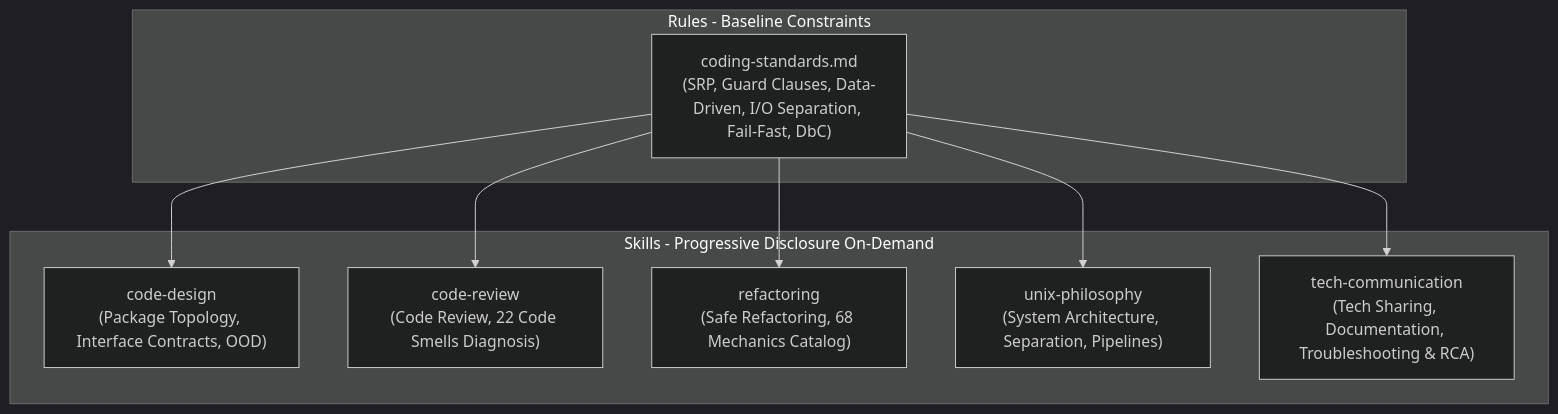
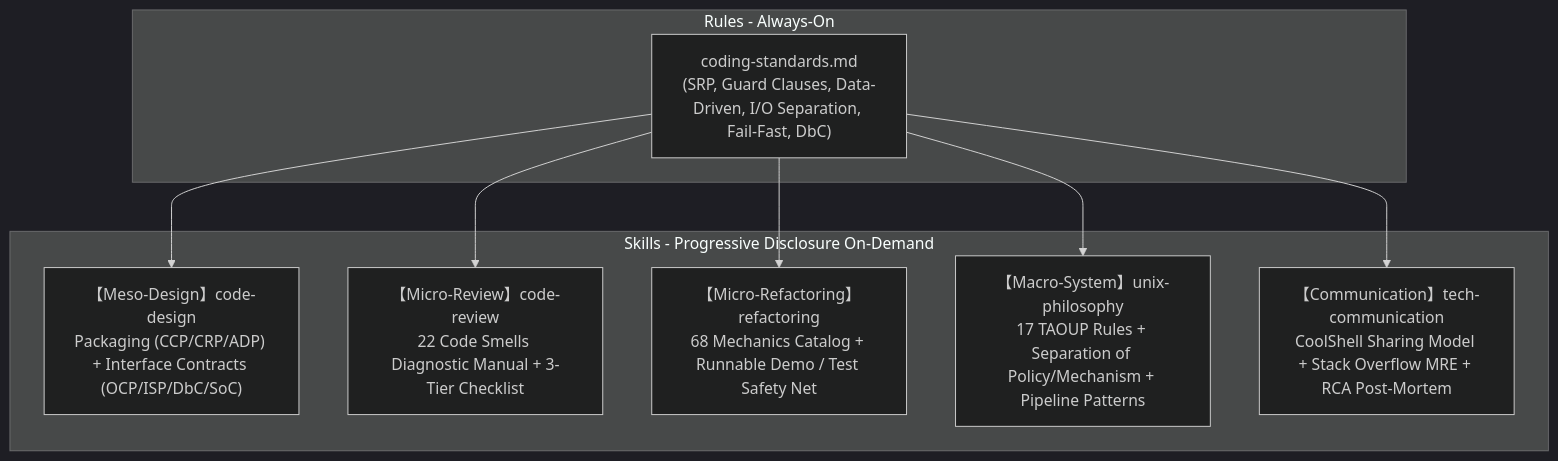
One commit to lilucpp/code-craft changed the diagram in README_EN.md. Above: the diagram before and after it, drawn with Mermaid (dark theme). The commit also changed other lines of this file and 1 other file, not shown here.

Commit message:
docs: rewrite comprehensive bilingual readmes following tech-communication guidelines

````diff
--- a/README_EN.md
+++ b/README_EN.md
@@ -13,20 +26,20 @@
 ```mermaid
 flowchart TD
-    subgraph Always-On Rules [Rules - Baseline Constraints]
+    subgraph Global Baseline Rules [Rules - Always-On]
         R["coding-standards.md<br/>(SRP, Guard Clauses, Data-Driven, I/O Separation, Fail-Fast, DbC)"]
     end
 
-    subgraph Specialized Skills [Skills - Progressive Disclosure On-Demand]
-        S1["code-design<br/>(Package Topology, Interface Contracts, OOD)"]
-        S2["code-review<br/>(Code Review, 22 Code Smells Diagnosis)"]
-        S3["refactoring<br/>(Safe Refactoring, 68 Mechanics Catalog)"]
-        S4["unix-philosophy<br/>(System Architecture, Separation, Pipelines)"]
-        S5["tech-communication<br/>(Tech Sharing, Documentation, Troubleshooting & RCA)"]
+    subgraph Specialized Skills Matrix [Skills - Progressive Disclosure On-Demand]
+        S1["【Meso-Design】code-design<br/>Packaging (CCP/CRP/ADP) + Interface Contracts (OCP/ISP/DbC/SoC)"]
+        S2["【Micro-Review】code-review<br/>22 Code Smells Diagnostic Manual + 3-Tier Checklist"]
+        S3["【Micro-Refactoring】refactoring<br/>68 Mechanics Catalog + Runnable Demo / Test Safety Net"]
+        S4["【Macro-System】unix-philosophy<br/>17 TAOUP Rules + Separation of Policy/Mechanism + Pipeline Patterns"]
+        S5["【Communication】tech-communication<br/>CoolShell Sharing Model + Stack Overflow MRE + RCA Post-Mortem"]
     end
 
     R --> S1
     R --> S2
     R --> S3
     R --> S4
     R --> S5
 ```
````
